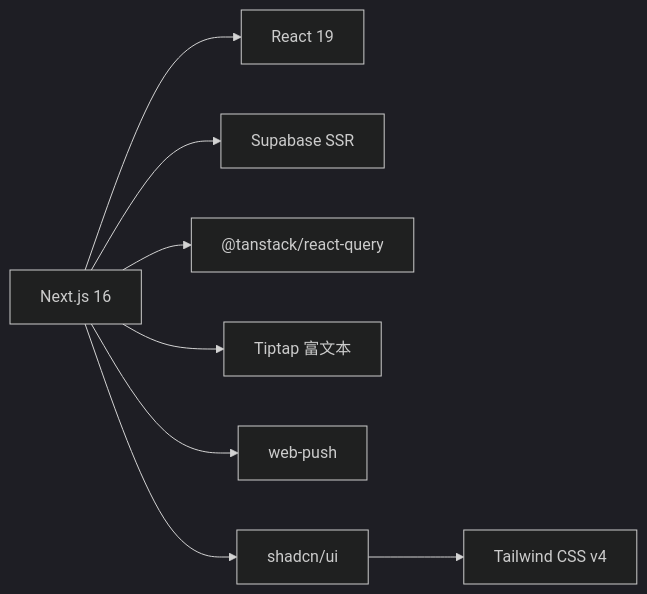
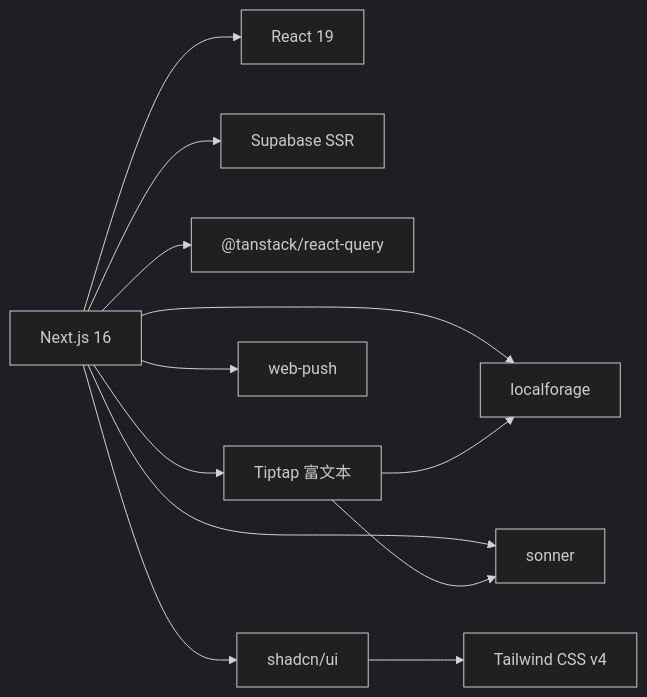
One commit to qiuziGirl/smart-todo changed diagram 11 of 11 in .qoder/repowiki/zh/content/架构设计/前端架构设计.md. Above: the diagram before and after it, drawn with Mermaid (dark theme). The commit also changed other lines of this file and 8 other files, not shown here.

````diff
--- a/.qoder/repowiki/zh/content/架构设计/前端架构设计.md
+++ b/.qoder/repowiki/zh/content/架构设计/前端架构设计.md
@@ -315,10 +543,14 @@
 ```mermaid
 graph LR
 N["Next.js 16"] --> R["React 19"]
 N --> S["Supabase SSR"]
 N --> Q["@tanstack/react-query"]
 N --> T["Tiptap 富文本"]
 N --> W["web-push"]
 N --> SH["shadcn/ui"]
+N --> LF["localforage"]
+N --> SO["sonner"]
 SH --> TW["Tailwind CSS v4"]
+T --> LF
+T --> SO
 ```
````
